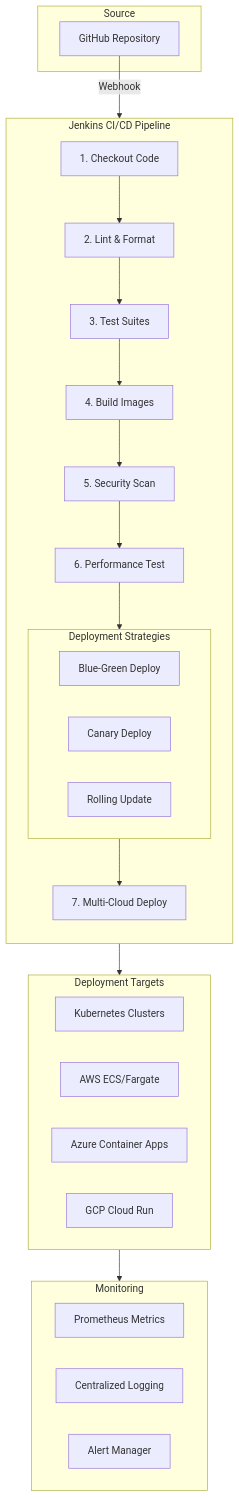
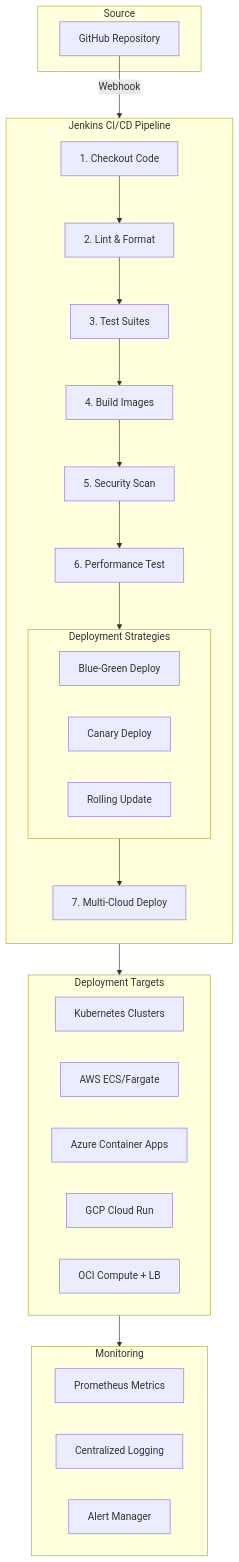
One commit to sisterai/estate-assistant-system changed the first of 5 diagrams in DEVOPS.md. Above: the diagram before and after it, drawn with Mermaid. The commit also changed other lines of this file and 2 other files, not shown here.

Commit message:
Document OCI support across docs

````diff
--- a/DEVOPS.md
+++ b/DEVOPS.md
@@ -63,49 +64,50 @@
 ```mermaid
 flowchart TB
     subgraph Source
         GH[GitHub Repository]
     end
 
     subgraph Jenkins["Jenkins CI/CD Pipeline"]
         direction TB
         Checkout[1. Checkout Code]
         Lint[2. Lint & Format]
         Test[3. Test Suites]
         Build[4. Build Images]
         Scan[5. Security Scan]
         Benchmark[6. Performance Test]
 
         subgraph DeployStrategies["Deployment Strategies"]
             BlueGreen[Blue-Green Deploy]
             Canary[Canary Deploy]
             Rolling[Rolling Update]
         end
 
         MultiCloud[7. Multi-Cloud Deploy]
 
         Checkout --> Lint
         Lint --> Test
         Test --> Build
         Build --> Scan
         Scan --> Benchmark
         Benchmark --> DeployStrategies
         DeployStrategies --> MultiCloud
     end
 
     subgraph Targets["Deployment Targets"]
         K8s[Kubernetes Clusters]
         AWS[AWS ECS/Fargate]
         Azure[Azure Container Apps]
         GCP[GCP Cloud Run]
+        OCI[OCI Compute + LB]
     end
 
     subgraph Monitoring
         Prometheus[Prometheus Metrics]
         Logs[Centralized Logging]
         Alerts[Alert Manager]
     end
 
     GH -->|Webhook| Jenkins
     MultiCloud --> Targets
     Targets --> Monitoring
 ```
````
